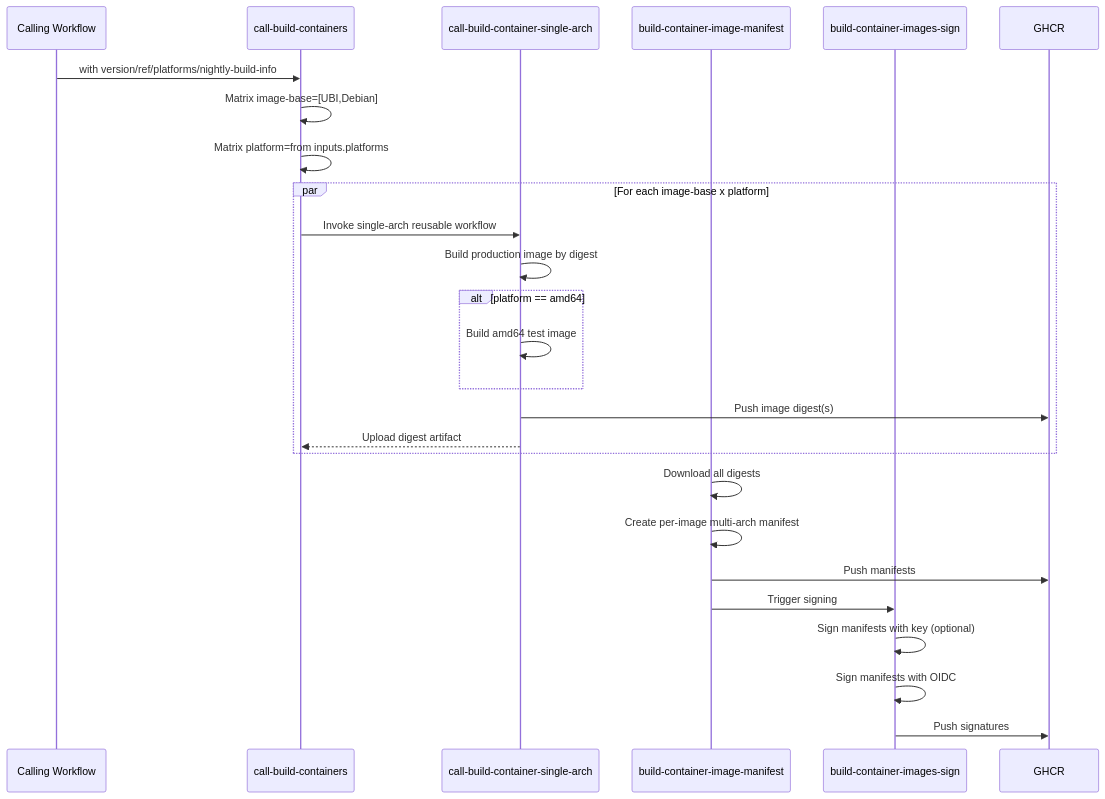
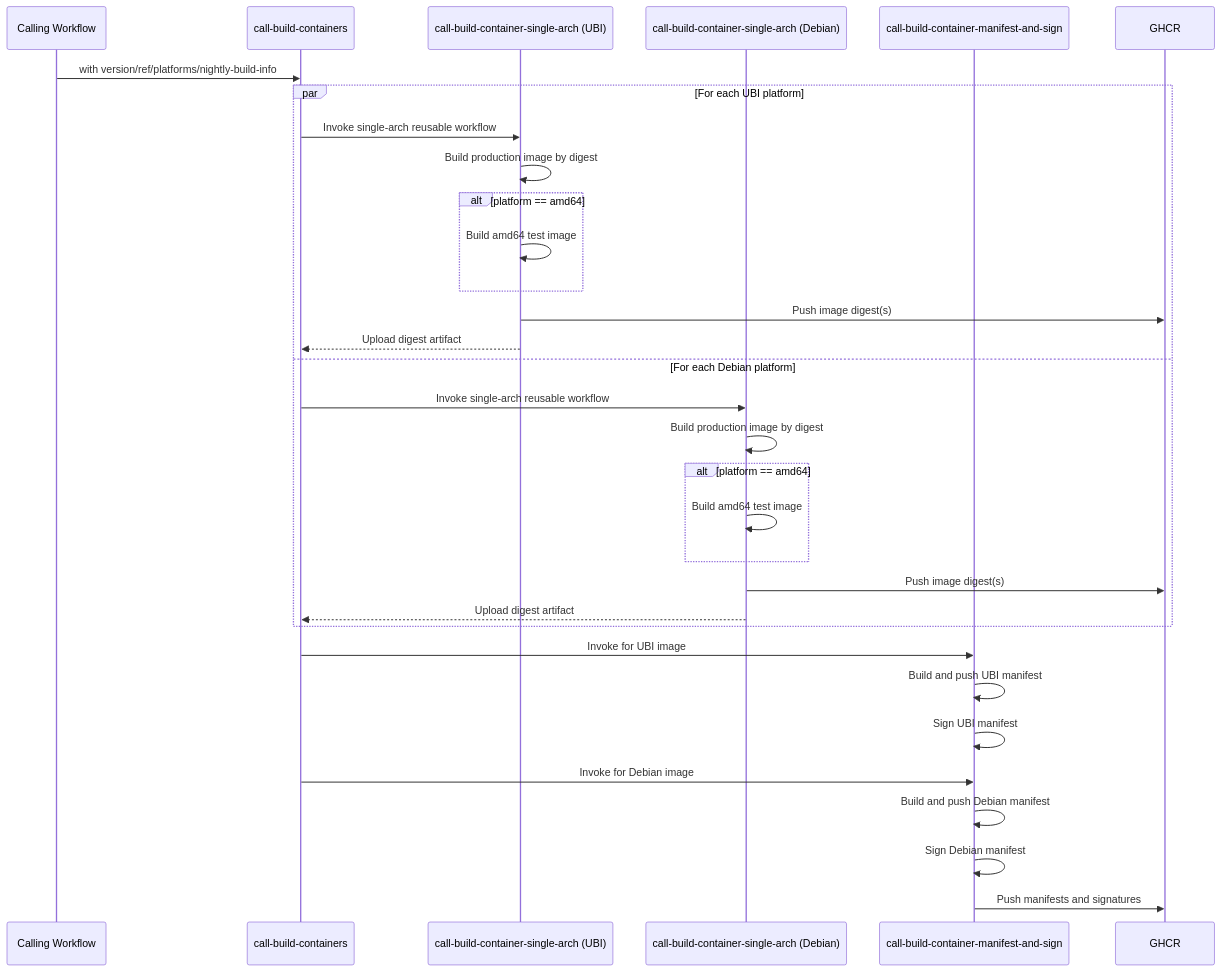
Before and after one commit to FluentDo/agent: the second of 6 diagrams in .github/workflows/README.md, drawn with Mermaid. The commit also changed other lines of this file and 4 other files, not shown here.

````diff
--- a/.github/workflows/README.md
+++ b/.github/workflows/README.md
@@ -864,32 +889,37 @@
 ```mermaid
 sequenceDiagram
   participant Caller as Calling Workflow
   participant Multi as call-build-containers
-  participant Single as call-build-container-single-arch
-  participant Manifest as build-container-image-manifest
-  participant Sign as build-container-images-sign
+  participant SingleUBI as call-build-container-single-arch (UBI)
+  participant SingleDeb as call-build-container-single-arch (Debian)
+  participant PerImage as call-build-container-manifest-and-sign
     participant Registry as GHCR
 
   Caller->>Multi: with version/ref/platforms/nightly-build-info
-  Multi->>Multi: Matrix image-base=[UBI,Debian]
-  Multi->>Multi: Matrix platform=from inputs.platforms
 
-  par For each image-base x platform
-    Multi->>Single: Invoke single-arch reusable workflow
-    Single->>Single: Build production image by digest
+  par For each UBI platform
+    Multi->>SingleUBI: Invoke single-arch reusable workflow
+    SingleUBI->>SingleUBI: Build production image by digest
     alt platform == amd64
-      Single->>Single: Build amd64 test image
+      SingleUBI->>SingleUBI: Build amd64 test image
     end
-    Single->>Registry: Push image digest(s)
-    Single-->>Multi: Upload digest artifact
+    SingleUBI->>Registry: Push image digest(s)
+    SingleUBI-->>Multi: Upload digest artifact
+  and For each Debian platform
+    Multi->>SingleDeb: Invoke single-arch reusable workflow
+    SingleDeb->>SingleDeb: Build production image by digest
+    alt platform == amd64
+      SingleDeb->>SingleDeb: Build amd64 test image
     end
+    SingleDeb->>Registry: Push image digest(s)
+    SingleDeb-->>Multi: Upload digest artifact
+  end
 
-    Manifest->>Manifest: Download all digests
-  Manifest->>Manifest: Create per-image multi-arch manifest
-  Manifest->>Registry: Push manifests
-
-    Manifest->>Sign: Trigger signing
-  Sign->>Sign: Sign manifests with key (optional)
-  Sign->>Sign: Sign manifests with OIDC
-    Sign->>Registry: Push signatures
+    Multi->>PerImage: Invoke for UBI image
+    PerImage->>PerImage: Build and push UBI manifest
+    PerImage->>PerImage: Sign UBI manifest
+    Multi->>PerImage: Invoke for Debian image
+    PerImage->>PerImage: Build and push Debian manifest
+    PerImage->>PerImage: Sign Debian manifest
+    PerImage->>Registry: Push manifests and signatures
 ```
````
